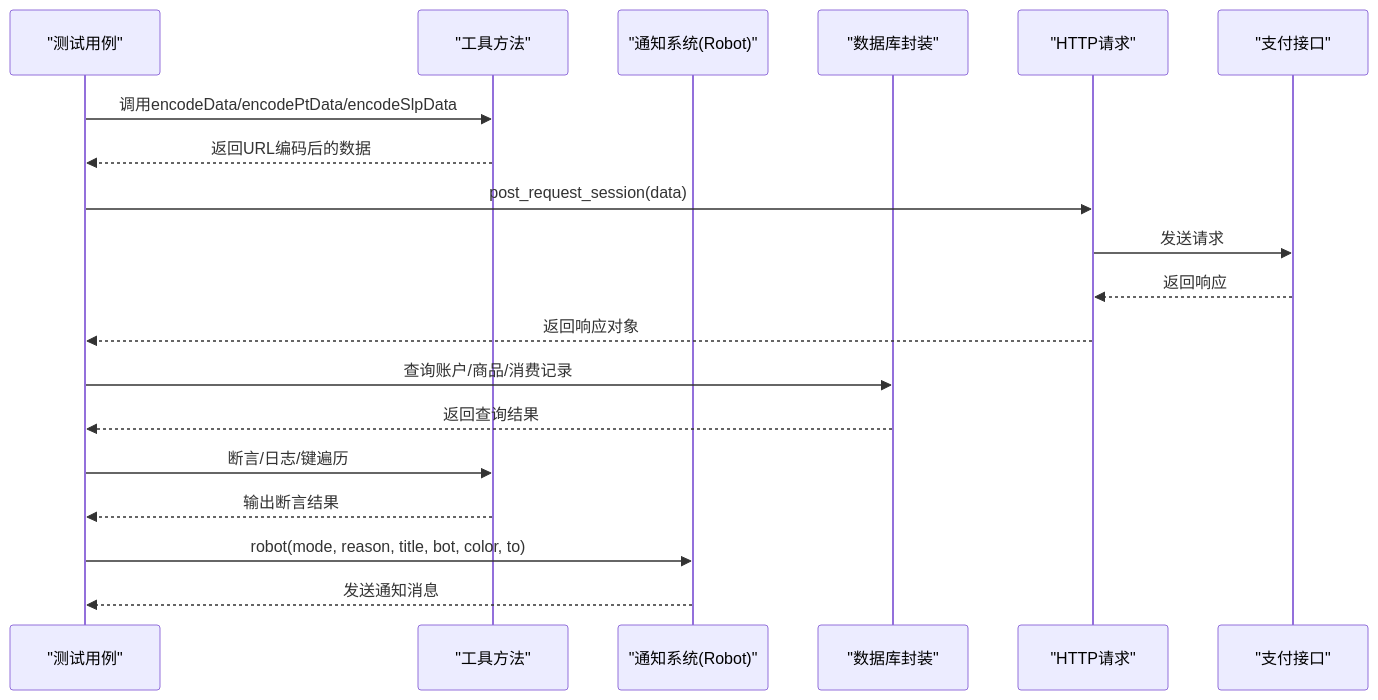
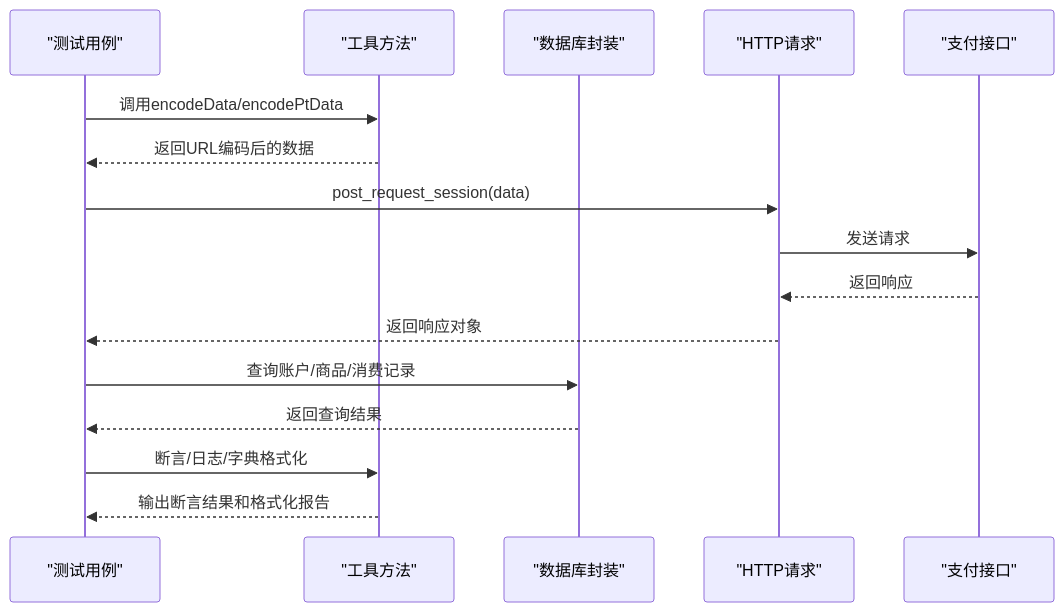
One commit to liximing1-ola/qa-payTest changed the second of 5 diagrams in .qoder/repowiki/zh/content/核心模块/工具方法模块.md. Above: the diagram before and after it, drawn with Mermaid. The commit also changed other lines of this file and 13 other files, not shown here.

````diff
--- a/.qoder/repowiki/zh/content/核心模块/工具方法模块.md
+++ b/.qoder/repowiki/zh/content/核心模块/工具方法模块.md
@@ -189,21 +143,18 @@
 ```mermaid
 sequenceDiagram
 participant Case as "测试用例"
 participant Tools as "工具方法"
-participant Notify as "通知系统(Robot)"
 participant DB as "数据库封装"
 participant HTTP as "HTTP请求"
 participant API as "支付接口"
-Case->>Tools : 调用encodeData/encodePtData/encodeSlpData
+Case->>Tools : 调用encodeData/encodePtData
 Tools-->>Case : 返回URL编码后的数据
 Case->>HTTP : post_request_session(data)
 HTTP->>API : 发送请求
 API-->>HTTP : 返回响应
 HTTP-->>Case : 返回响应对象
 Case->>DB : 查询账户/商品/消费记录
 DB-->>Case : 返回查询结果
-Case->>Tools : 断言/日志/键遍历
-Tools-->>Case : 输出断言结果
-Case->>Notify : robot(mode, reason, title, bot, color, to)
-Notify-->>Case : 发送通知消息
+Case->>Tools : 断言/日志/字典格式化
+Tools-->>Case : 输出断言结果和格式化报告
 ```
````
